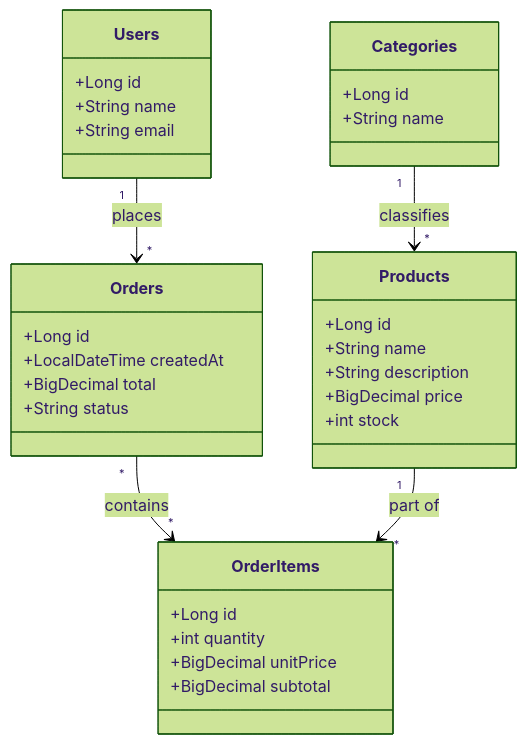
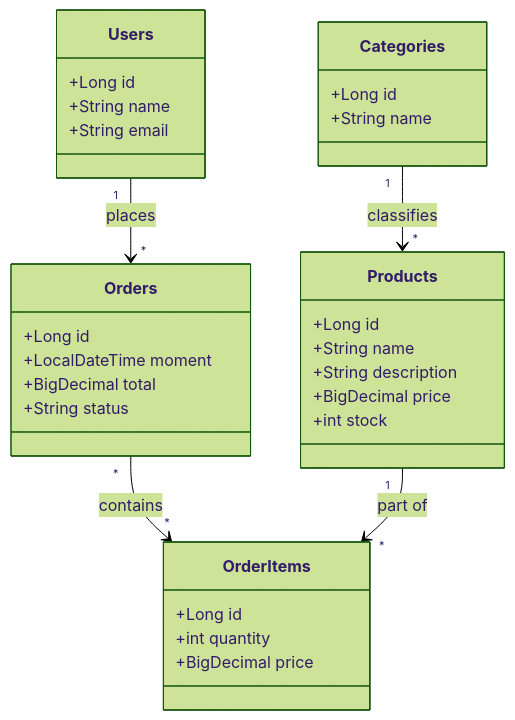
The diagram in README.md (Phc01/Order-System-API), drawn with Mermaid (forest theme) before and after one commit. The commit also changed other lines of this file, not shown here.

Commit message:
docs: add README with class diagram and feature list

````diff
--- a/README.md
+++ b/README.md
@@ -1,40 +6,39 @@
 ```mermaid
 classDiagram
     class Users {
         +Long id
         +String name
         +String email
     }
 
     class Categories {
         +Long id
         +String name
     }
 
     class Products {
         +Long id
         +String name
         +String description
         +BigDecimal price
         +int stock
     }
 
     class Orders {
         +Long id
-        +LocalDateTime createdAt
+        +LocalDateTime moment
         +BigDecimal total
         +String status
     }
 
     class OrderItems {
         +Long id
         +int quantity
-        +BigDecimal unitPrice
-        +BigDecimal subtotal
+        +BigDecimal price
     }
 
     Users "1" --> "*" Orders : places
     Orders "*" --> "*" OrderItems : contains
     Products "1" --> "*" OrderItems : part of
     Categories "1" --> "*" Products : classifies
 ```
````
